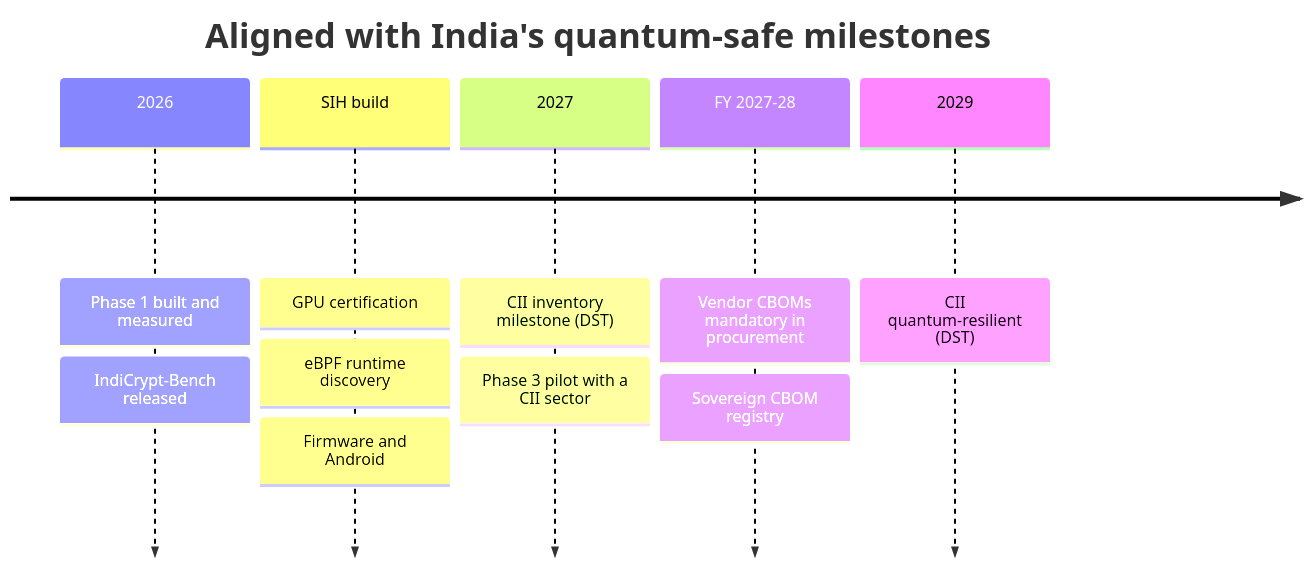
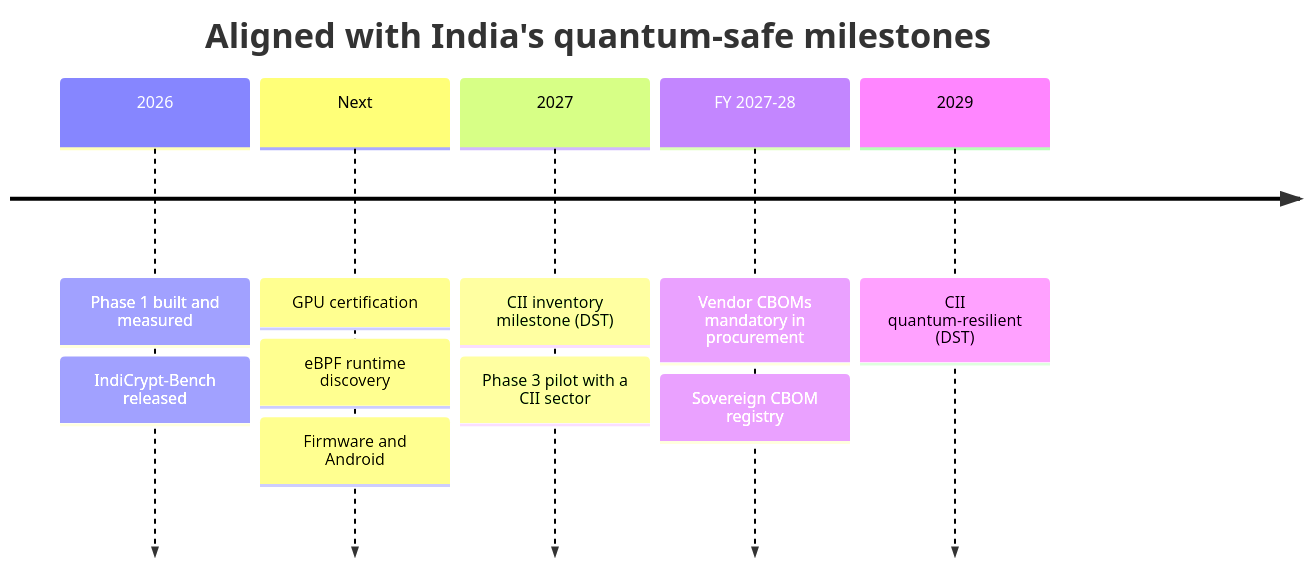
Before and after one commit to dhruva137/V.E.R.A: the fifth of 5 diagrams in README.md, drawn with Mermaid. The commit also changed other lines of this file and 2 other files, not shown here.

````diff
--- a/README.md
+++ b/README.md
@@ -424,14 +422,14 @@
 ```mermaid
 timeline
     title Aligned with India's quantum-safe milestones
     2026 : Phase 1 built and measured
          : IndiCrypt-Bench released
-    SIH build : GPU certification
-              : eBPF runtime discovery
-              : Firmware and Android
+    Next : GPU certification
+         : eBPF runtime discovery
+         : Firmware and Android
     2027 : CII inventory milestone (DST)
          : Phase 3 pilot with a CII sector
     FY 2027-28 : Vendor CBOMs mandatory in procurement
                : Sovereign CBOM registry
     2029 : CII quantum-resilient (DST)
 ```
````
